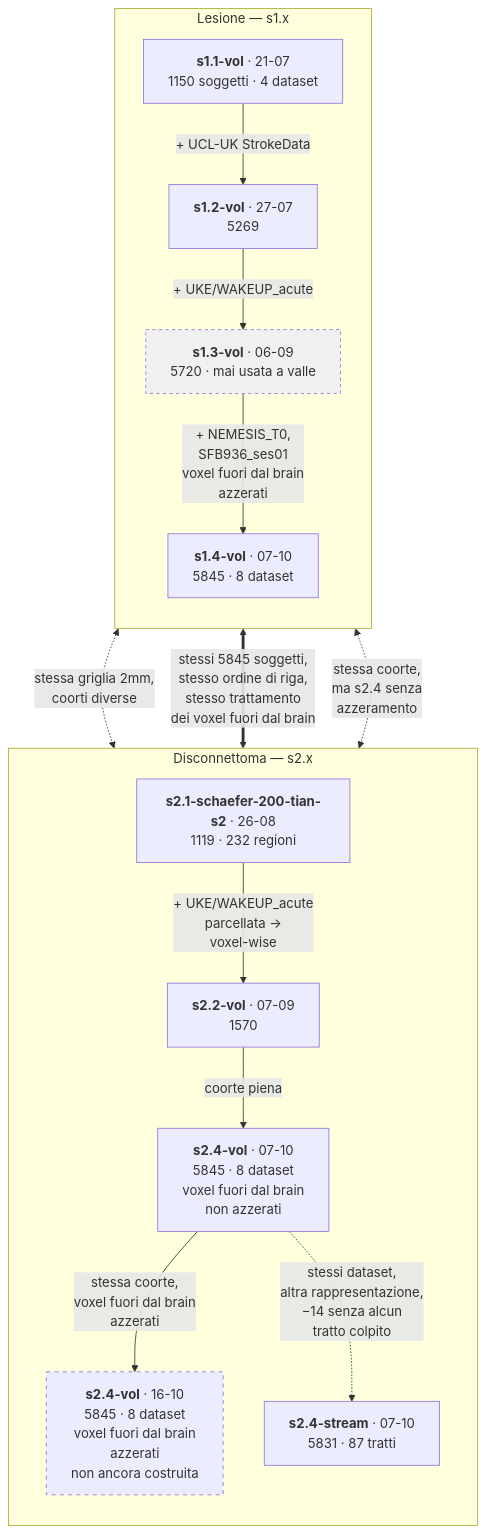
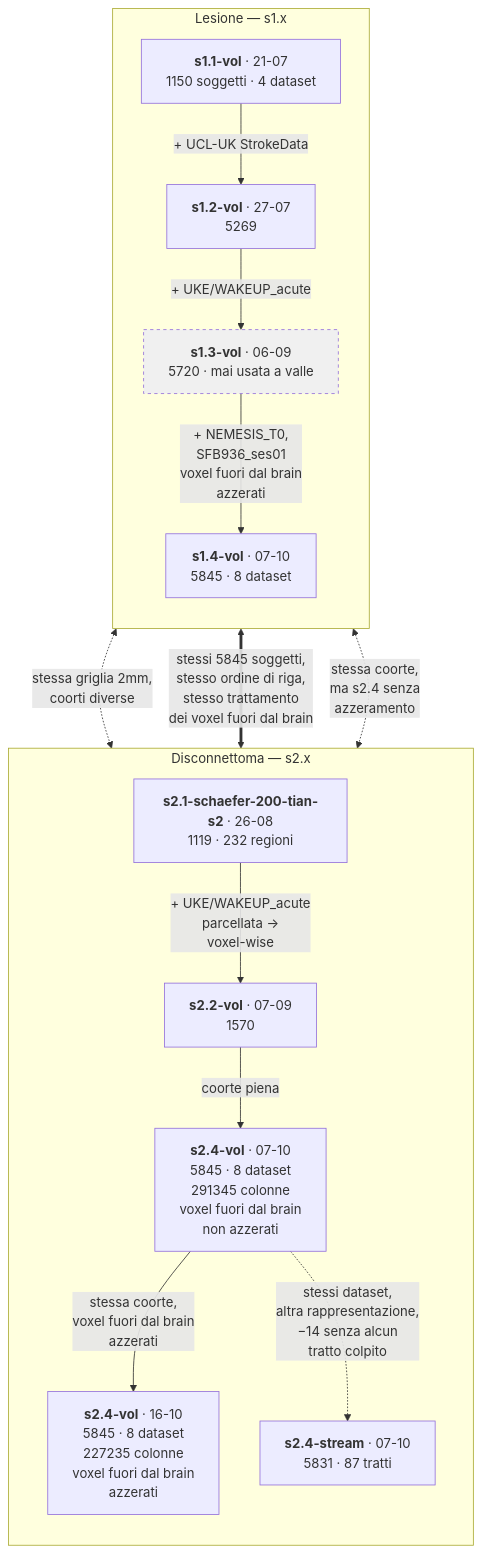
The diagram in docs/experiments/lineage.md (EmmaTosato/NEMESIS_fs), drawn with Mermaid before and after one commit. The commit also changed other lines of this file and 12 other files, not shown here.

````diff
--- a/docs/experiments/lineage.md
+++ b/docs/experiments/lineage.md
@@ -5,33 +5,32 @@
 ```mermaid
 flowchart TB
     classDef unused fill:#f0f0f0,stroke-dasharray: 4 4
-    classDef pending stroke-dasharray: 5 5
 
     subgraph LES["Lesione — s1.x"]
         direction TB
         L11["<b>s1.1-vol</b> · 21-07<br/>1150 soggetti · 4 dataset"]
         L12["<b>s1.2-vol</b> · 27-07<br/>5269"]
         L13["<b>s1.3-vol</b> · 06-09<br/>5720 · mai usata a valle"]:::unused
         L14["<b>s1.4-vol</b> · 07-10<br/>5845 · 8 dataset"]
         L11 -->|"+ UCL-UK StrokeData"| L12
         L12 -->|"+ UKE/WAKEUP_acute"| L13
         L13 -->|"+ NEMESIS_T0,<br/>SFB936_ses01<br/>voxel fuori dal brain<br/>azzerati"| L14
     end
 
     subgraph SDC["Disconnettoma — s2.x"]
         direction TB
         S21["<b>s2.1-schaefer-200-tian-s2</b> · 26-08<br/>1119 · 232 regioni"]
         S22["<b>s2.2-vol</b> · 07-09<br/>1570"]
-        S24["<b>s2.4-vol</b> · 07-10<br/>5845 · 8 dataset<br/>voxel fuori dal brain<br/>non azzerati"]
-        S24N["<b>s2.4-vol</b> · 16-10<br/>5845 · 8 dataset<br/>voxel fuori dal brain<br/>azzerati<br/>non ancora costruita"]:::pending
+        S24["<b>s2.4-vol</b> · 07-10<br/>5845 · 8 dataset<br/>291345 colonne<br/>voxel fuori dal brain<br/>non azzerati"]
+        S24N["<b>s2.4-vol</b> · 16-10<br/>5845 · 8 dataset<br/>227235 colonne<br/>voxel fuori dal brain<br/>azzerati"]
         S24S["<b>s2.4-stream</b> · 07-10<br/>5831 · 87 tratti"]
         S21 -->|"+ UKE/WAKEUP_acute<br/>parcellata →<br/>voxel-wise"| S22
         S22 -->|"coorte piena"| S24
         S24 -->|"stessa coorte,<br/>voxel fuori dal brain<br/>azzerati"| S24N
         S24 -.->|"stessi dataset,<br/>altra rappresentazione,<br/>−14 senza alcun<br/>tratto colpito"| S24S
     end
 
     L13 <-.->|"stessa griglia 2mm,<br/>coorti diverse"| S22
     L14 <==>|"stessi 5845 soggetti,<br/>stesso ordine di riga,<br/>stesso trattamento<br/>dei voxel fuori dal brain"| S24N
     L14 <-.->|"stessa coorte,<br/>ma s2.4 senza<br/>azzeramento"| S24
 ```
````
